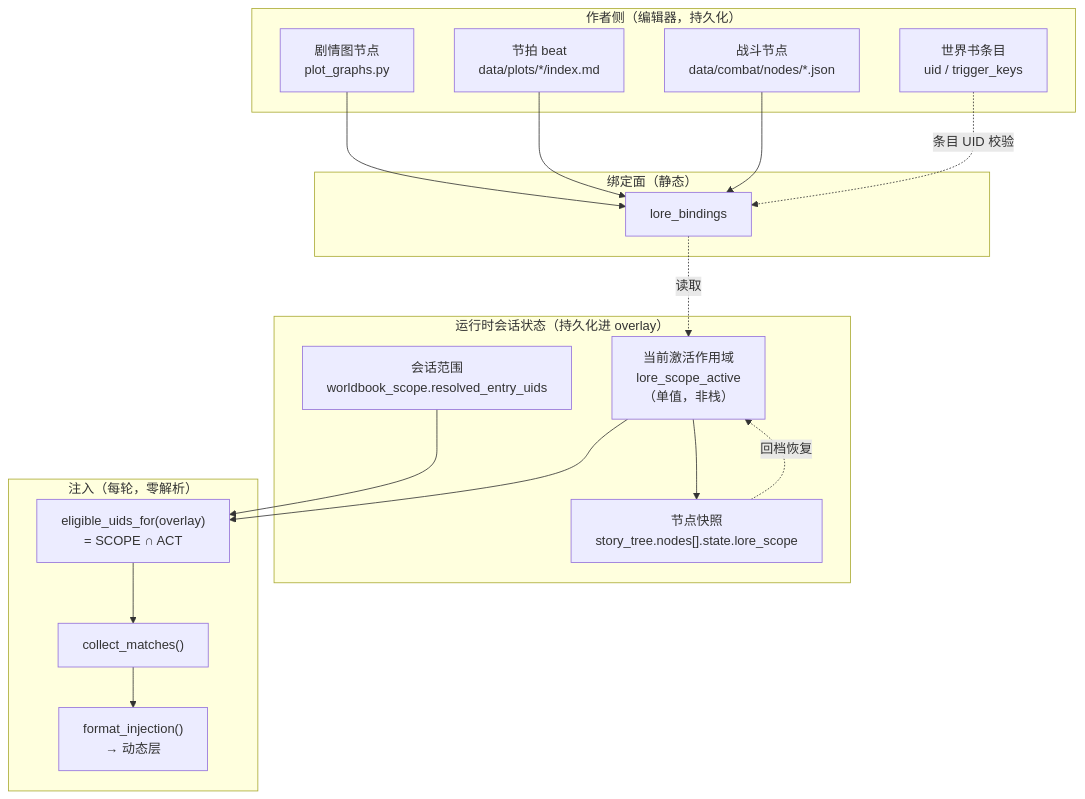
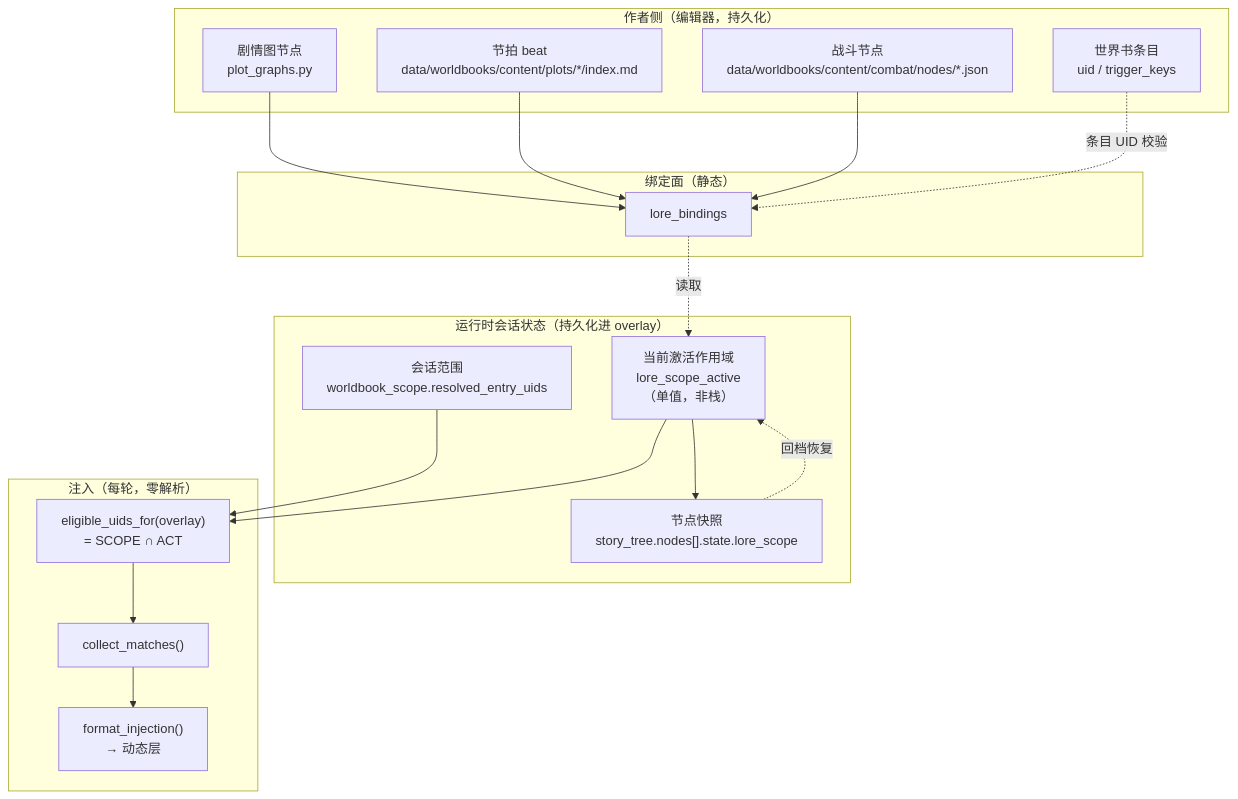
One commit to Areium/ark-tavern changed the diagram in docs/design/worldbook/node-scoped-worldbook-loading.md. Above: the diagram before and after it, drawn with Mermaid. The commit also changed other lines of this file and 1064 other files, not shown here.

Commit message:
feat: organize worldbook content and migrate local data

````diff
--- a/docs/design/worldbook/node-scoped-worldbook-loading.md
+++ b/docs/design/worldbook/node-scoped-worldbook-loading.md
@@ -57,36 +57,36 @@
 ```mermaid
 flowchart TD
     subgraph AUTHOR["作者侧（编辑器，持久化）"]
         PG["剧情图节点<br/>plot_graphs.py"]
-        BEAT["节拍 beat<br/>data/plots/*/index.md"]
-        NODE["战斗节点<br/>data/combat/nodes/*.json"]
+        BEAT["节拍 beat<br/>data/worldbooks/content/plots/*/index.md"]
+        NODE["战斗节点<br/>data/worldbooks/content/combat/nodes/*.json"]
         WB["世界书条目<br/>uid / trigger_keys"]
     end
 
     subgraph BIND["绑定面（静态）"]
         LB["lore_bindings"]
     end
 
     subgraph RUNTIME["运行时会话状态（持久化进 overlay）"]
         SCOPE["会话范围<br/>worldbook_scope.resolved_entry_uids"]
         ACT["当前激活作用域<br/>lore_scope_active<br/>（单值，非栈）"]
         SNAP["节点快照<br/>story_tree.nodes[].state.lore_scope"]
     end
 
     subgraph INJECT["注入（每轮，零解析）"]
         ELIG["eligible_uids_for(overlay)<br/>= SCOPE ∩ ACT"]
         MATCH["collect_matches()"]
         FMT["format_injection()<br/>→ 动态层"]
     end
 
     PG --> LB
     BEAT --> LB
     NODE --> LB
     LB -.读取.-> ACT
     WB -.条目 UID 校验.-> LB
     ACT --> ELIG
     SCOPE --> ELIG
     ACT --> SNAP
     SNAP -.回档恢复.-> ACT
     ELIG --> MATCH --> FMT
 ```
````
